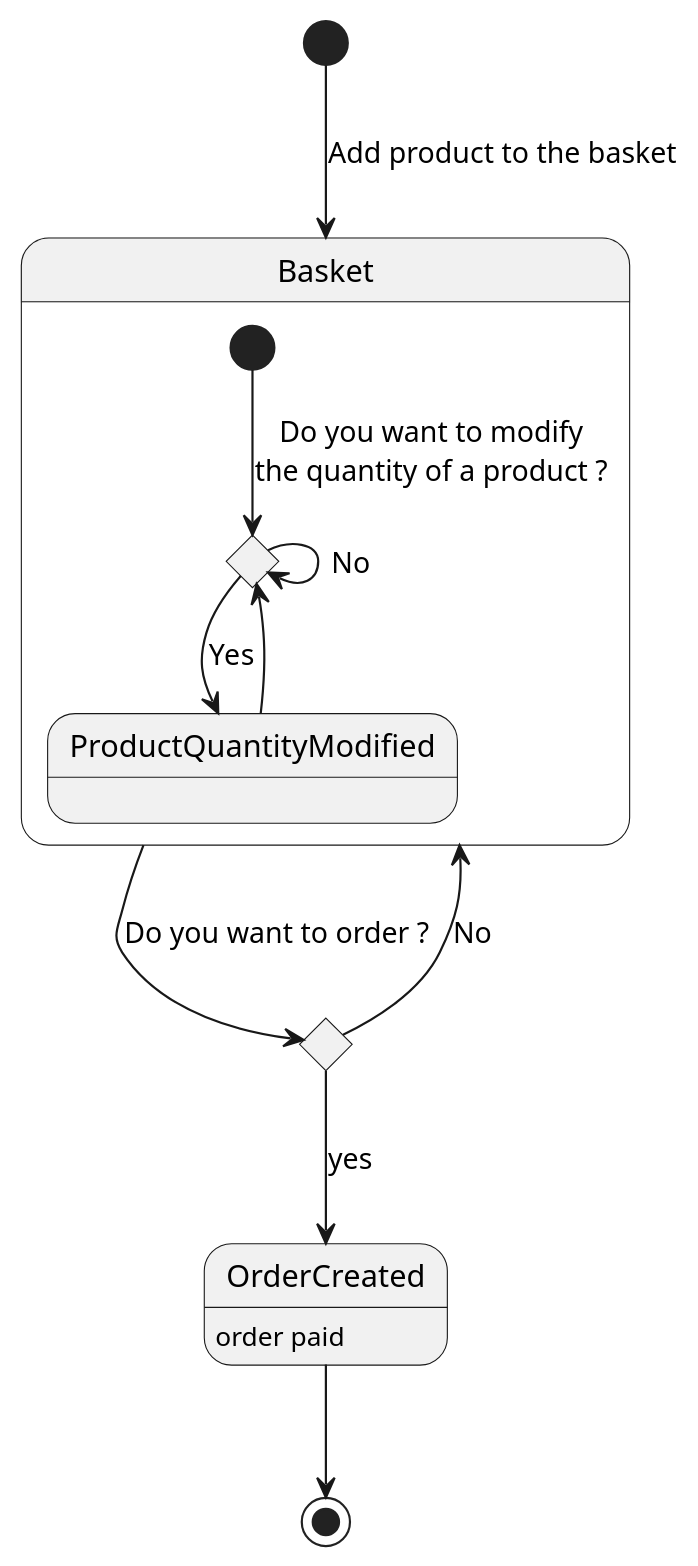
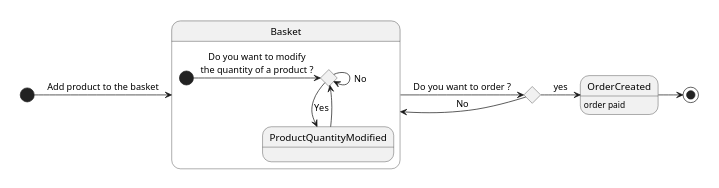
Before and after one commit to AnnaMasante/Mercat: the diagram in src/StateDiagrammOrder.puml, drawn with PlantUML.

Commit message:
Modification taille flèches

```diff
--- a/src/StateDiagrammOrder.puml
+++ b/src/StateDiagrammOrder.puml
@@ -1,21 +1,21 @@
 @startuml
 scale 350 width
-[*] --> Basket : Add product to the basket
+[*] -> Basket : Add product to the basket
 state Basket {
 
     state choice<<choice>>
 
-    [*]-->choice : Do you want to modify\nthe quantity of a product ?
-    ProductQuantityModified --> choice
+    [*]->choice : Do you want to modify\nthe quantity of a product ?
+    ProductQuantityModified -> choice
     choice --> ProductQuantityModified : Yes
     choice --> choice : No
 }
 state c <<choice>>
-Basket --> c : Do you want to order ?
-c-->OrderCreated : yes
-OrderCreated-->[*]
-c-->Basket : No
+Basket -> c : Do you want to order ?
+c->OrderCreated : yes
+OrderCreated->[*]
+c->Basket : No
 
 OrderCreated : order paid
 
 @enduml
```
